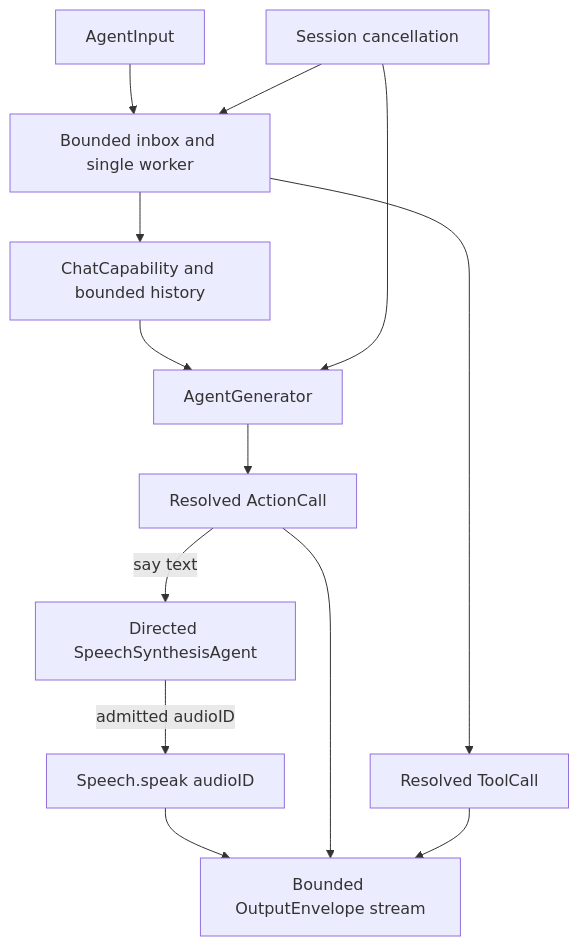
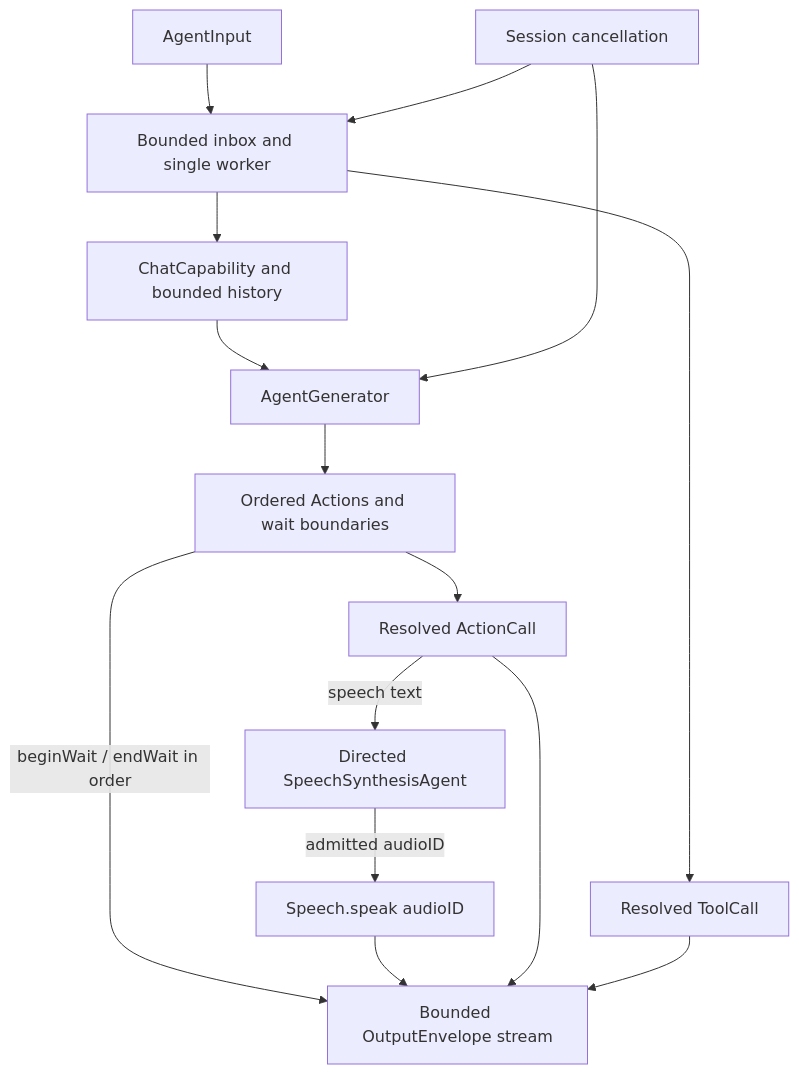
The first of 4 diagrams in MobileHarness/Agents/Assistant/README.md (devilyouwei/MobileHarness), drawn with Mermaid before and after one commit. The commit also changed other lines of this file and 97 other files, not shown here.

````diff
--- a/MobileHarness/Agents/Assistant/README.md
+++ b/MobileHarness/Agents/Assistant/README.md
@@ -15,15 +15,17 @@
 ```mermaid
 flowchart TD
     Input[AgentInput] --> Queue[Bounded inbox and single worker]
     Queue --> Model[ChatCapability and bounded history]
     Model --> Parser[AgentGenerator]
-    Parser --> Calls[Resolved ActionCall]
-    Calls -->|say text| Synthesis[Directed SpeechSynthesisAgent]
+    Parser --> Events[Ordered Actions and wait boundaries]
+    Events --> Calls[Resolved ActionCall]
+    Events -->|beginWait / endWait in order| Stream
+    Calls -->|speech text| Synthesis[Directed SpeechSynthesisAgent]
     Synthesis -->|admitted audioID| Playback[Speech.speak audioID]
     Playback --> Stream
     Queue --> Tool[Resolved ToolCall]
     Calls --> Stream[Bounded OutputEnvelope stream]
     Tool --> Stream
     Cancel[Session cancellation] --> Queue
     Cancel --> Parser
 ```
````
